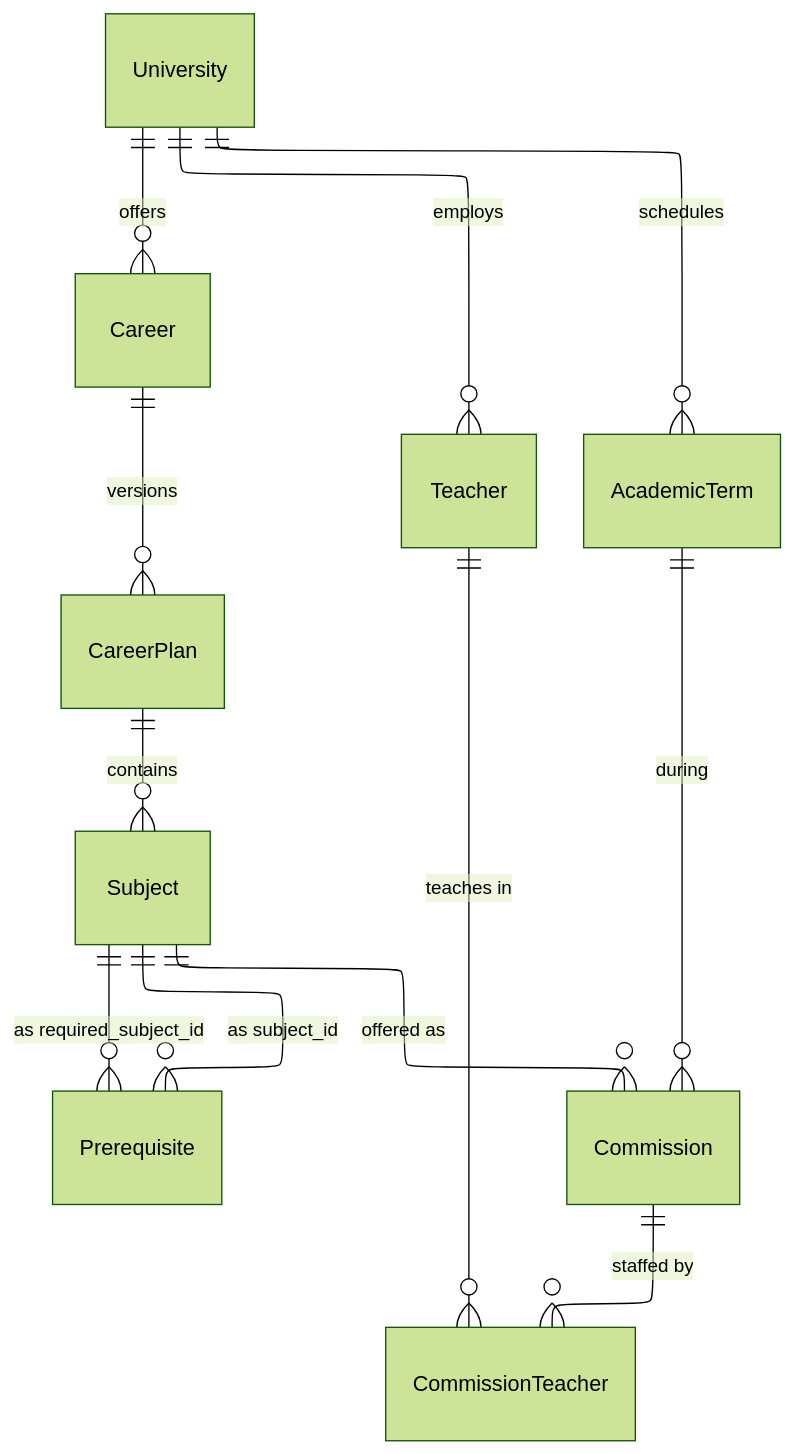
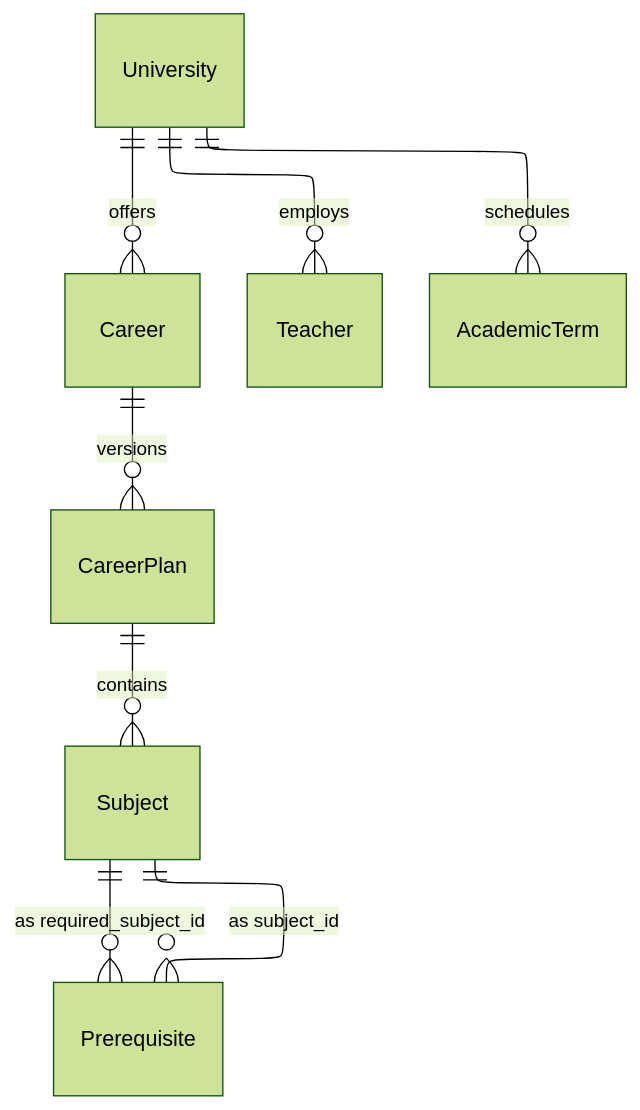
Before and after one commit to lucasidev/plan-b: the third of 3 diagrams in docs/engineering/data-model.md, drawn with Mermaid (forest theme). The commit also changed other lines of this file and 100 other files, not shown here.

````diff
--- a/docs/engineering/data-model.md
+++ b/docs/engineering/data-model.md
@@ -171,18 +168,14 @@
 ```mermaid
 ---
 config:
     layout: elk
 ---
 erDiagram
     University ||--o{ Career : offers
     University ||--o{ Teacher : employs
     University ||--o{ AcademicTerm : schedules
     Career ||--o{ CareerPlan : versions
     CareerPlan ||--o{ Subject : contains
     Subject ||--o{ Prerequisite : "as subject_id"
     Subject ||--o{ Prerequisite : "as required_subject_id"
-    Subject ||--o{ Commission : "offered as"
-    AcademicTerm ||--o{ Commission : during
-    Commission ||--o{ CommissionTeacher : "staffed by"
-    Teacher ||--o{ CommissionTeacher : "teaches in"
 ```
````
